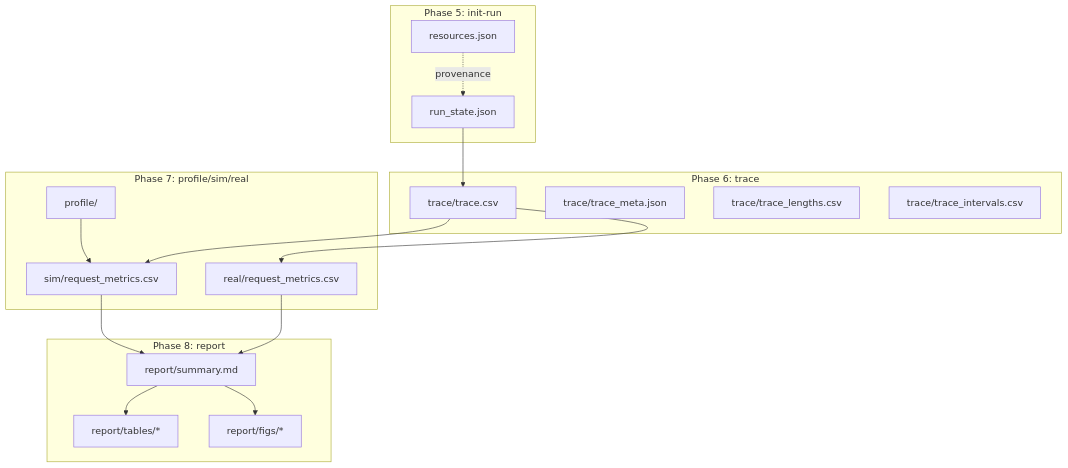
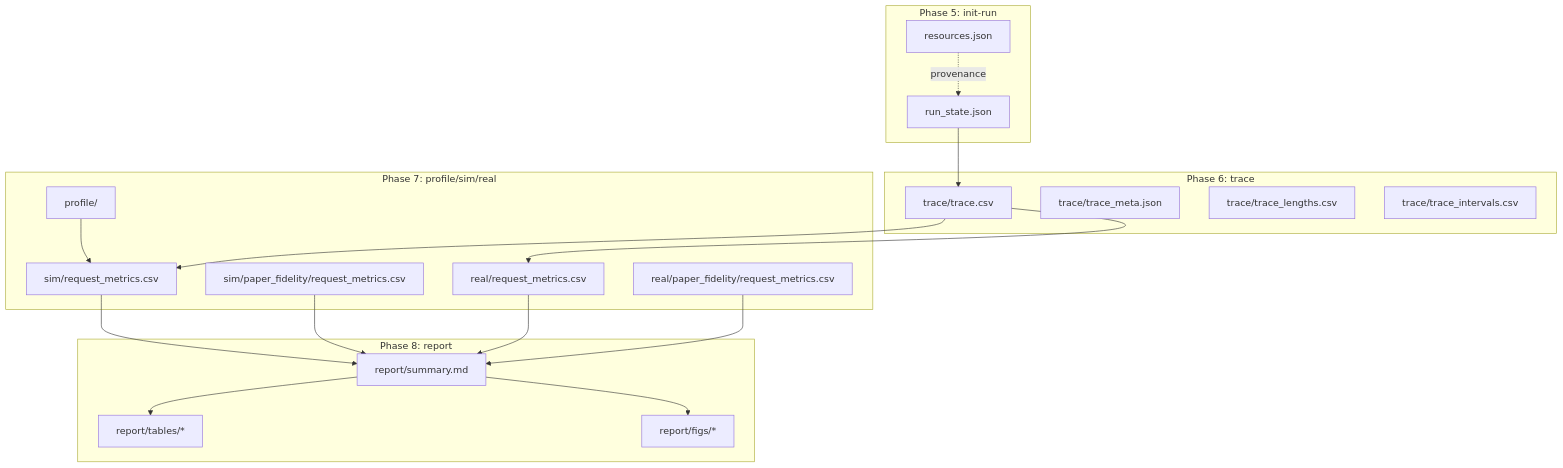
Before and after one commit to CodeGandee/gpu-simulate-test: the second of 5 diagrams in context/tasks/working/004-vidur-cli/impl-integrate-phases.md, drawn with Mermaid. The commit also changed other lines of this file and 32 other files, not shown here.

````diff
--- a/context/tasks/working/004-vidur-cli/impl-integrate-phases.md
+++ b/context/tasks/working/004-vidur-cli/impl-integrate-phases.md
@@ -83,36 +93,40 @@
 ```mermaid
 graph TD
     subgraph P5["Phase 5: init-run"]
         RS[run_state.json]
         RM[resources.json]
     end
 
     subgraph P6["Phase 6: trace"]
         TCSV[trace/trace.csv]
         TMETA[trace/trace_meta.json]
         TLEN[trace/trace_lengths.csv]
         TINT[trace/trace_intervals.csv]
     end
 
     subgraph P7["Phase 7: profile/sim/real"]
         PROOT[profile/]
         SIM[sim/request_metrics.csv]
+        SIMPF[sim/paper_fidelity/request_metrics.csv]
         REAL[real/request_metrics.csv]
+        REALPF[real/paper_fidelity/request_metrics.csv]
     end
 
     subgraph P8["Phase 8: report"]
         SUM[report/summary.md]
         TBL[report/tables/*]
         FIG[report/figs/*]
     end
 
     RS --> TCSV;
     RM -.->|provenance| RS;
     TCSV --> SIM;
     PROOT --> SIM;
     TCSV --> REAL;
     SIM --> SUM;
+    SIMPF --> SUM;
     REAL --> SUM;
+    REALPF --> SUM;
     SUM --> TBL;
     SUM --> FIG;
 ```
````
